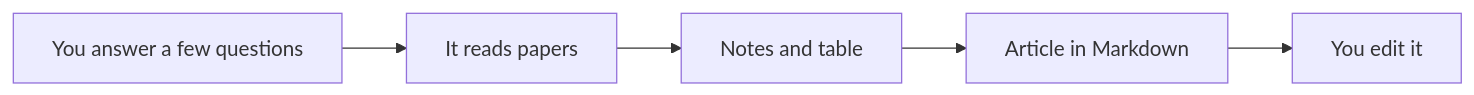
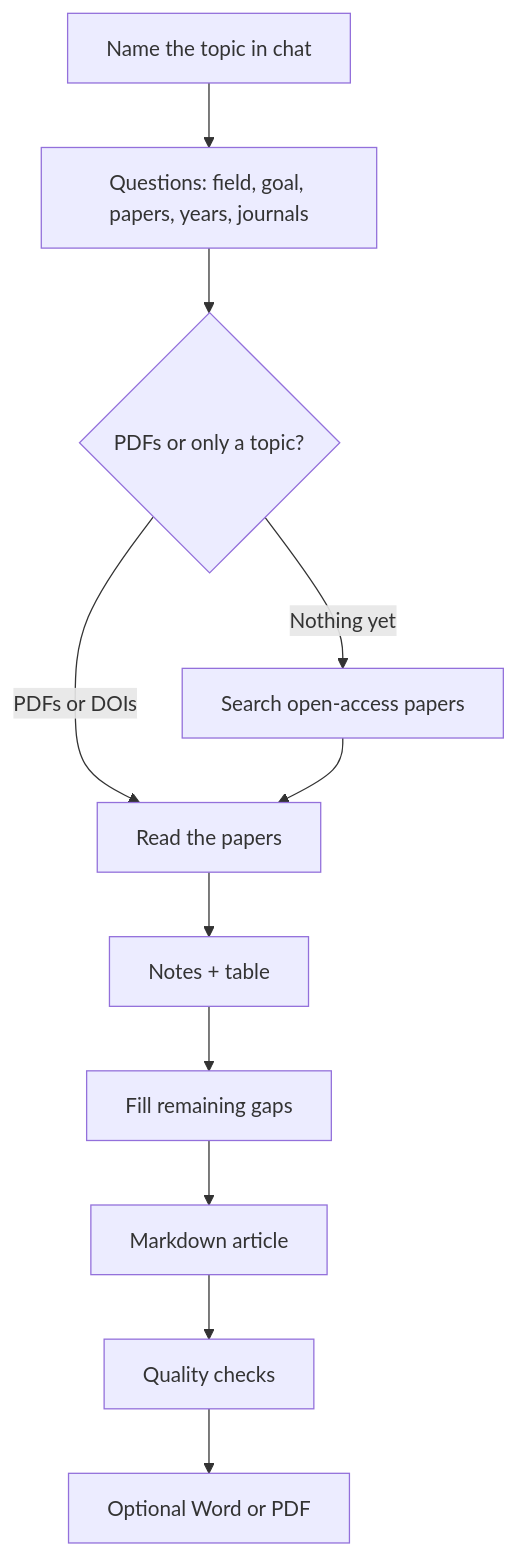
Before and after one commit to hvianagil-alt/literature-ai-workflow: the diagram in README.md, drawn with Mermaid. The commit also changed other lines of this file, not shown here.

````diff
--- a/README.md
+++ b/README.md
@@ -53,7 +63,13 @@
 ```mermaid
-flowchart LR
-  A[You answer a few questions] --> B[It reads papers]
-  B --> C[Notes and table]
-  C --> D[Article in Markdown]
-  D --> E[You edit it]
+flowchart TD
+  A[Name the topic in chat] --> B[Questions: field, goal, papers, years, journals]
+  B --> C{PDFs or only a topic?}
+  C -->|PDFs or DOIs| D[Read the papers]
+  C -->|Nothing yet| E[Search open-access papers]
+  E --> D
+  D --> F[Notes + table]
+  F --> G[Fill remaining gaps]
+  G --> H[Markdown article]
+  H --> I[Quality checks]
+  I --> J[Optional Word or PDF]
 ```
````
